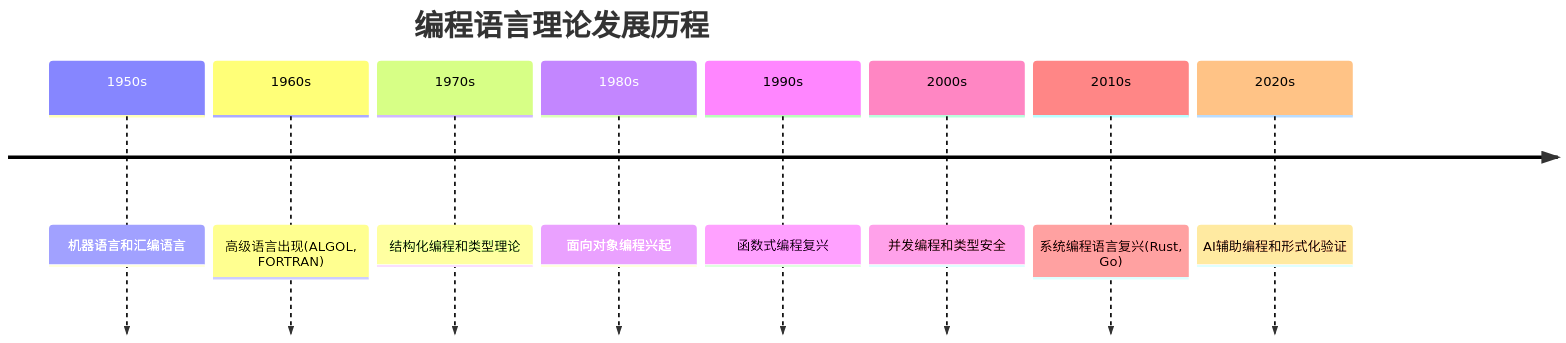
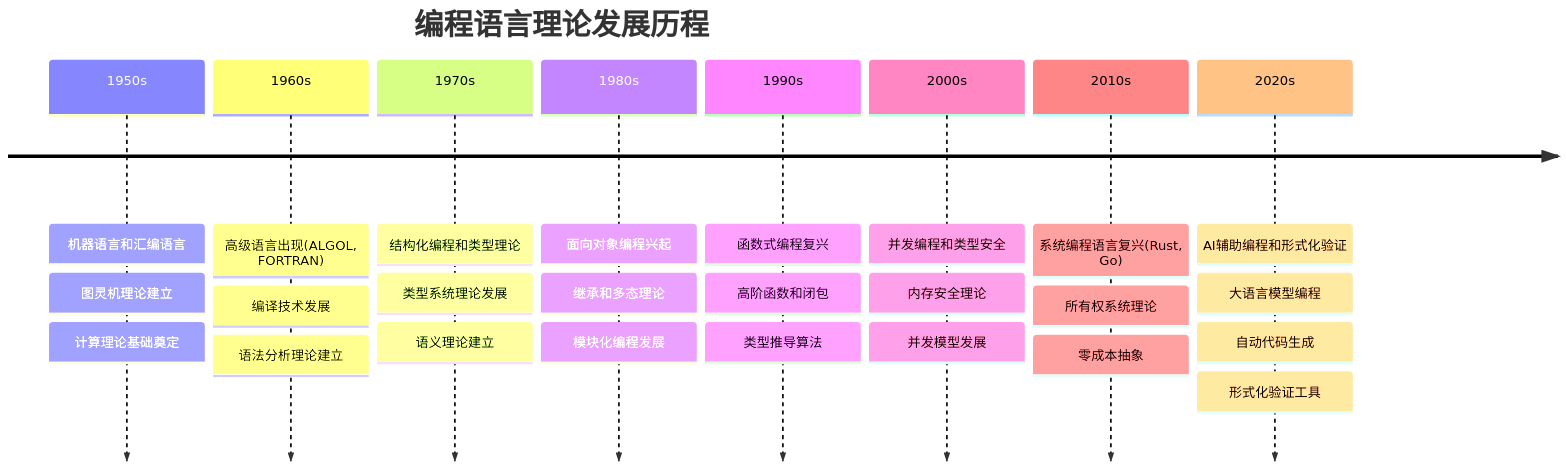
One commit to AdaMartin18010/formal-architecture changed the first of 2 diagrams in Analysis/05-编程语言理论体系/00-编程语言理论统一总论.md. Above: the diagram before and after it, drawn with Mermaid. The commit also changed other lines of this file and 15 other files, not shown here.

````diff
--- a/Analysis/05-编程语言理论体系/00-编程语言理论统一总论.md
+++ b/Analysis/05-编程语言理论体系/00-编程语言理论统一总论.md
@@ -84,12 +84,29 @@
 ```mermaid
 timeline
     title 编程语言理论发展历程
     1950s : 机器语言和汇编语言
+         : 图灵机理论建立
+         : 计算理论基础奠定
     1960s : 高级语言出现(ALGOL, FORTRAN)
+         : 编译技术发展
+         : 语法分析理论建立
     1970s : 结构化编程和类型理论
+         : 类型系统理论发展
+         : 语义理论建立
     1980s : 面向对象编程兴起
+         : 继承和多态理论
+         : 模块化编程发展
     1990s : 函数式编程复兴
+         : 高阶函数和闭包
+         : 类型推导算法
     2000s : 并发编程和类型安全
+         : 内存安全理论
+         : 并发模型发展
     2010s : 系统编程语言复兴(Rust, Go)
+         : 所有权系统理论
+         : 零成本抽象
     2020s : AI辅助编程和形式化验证
+         : 大语言模型编程
+         : 自动代码生成
+         : 形式化验证工具
 ```
````
